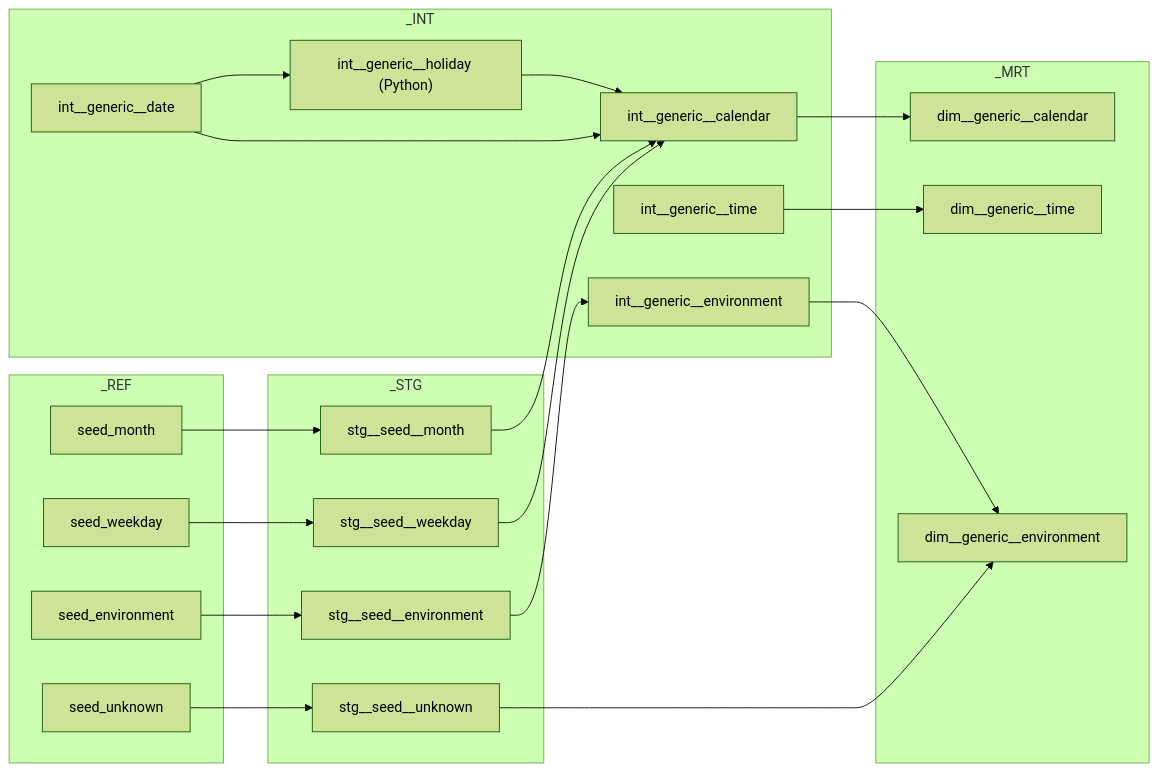
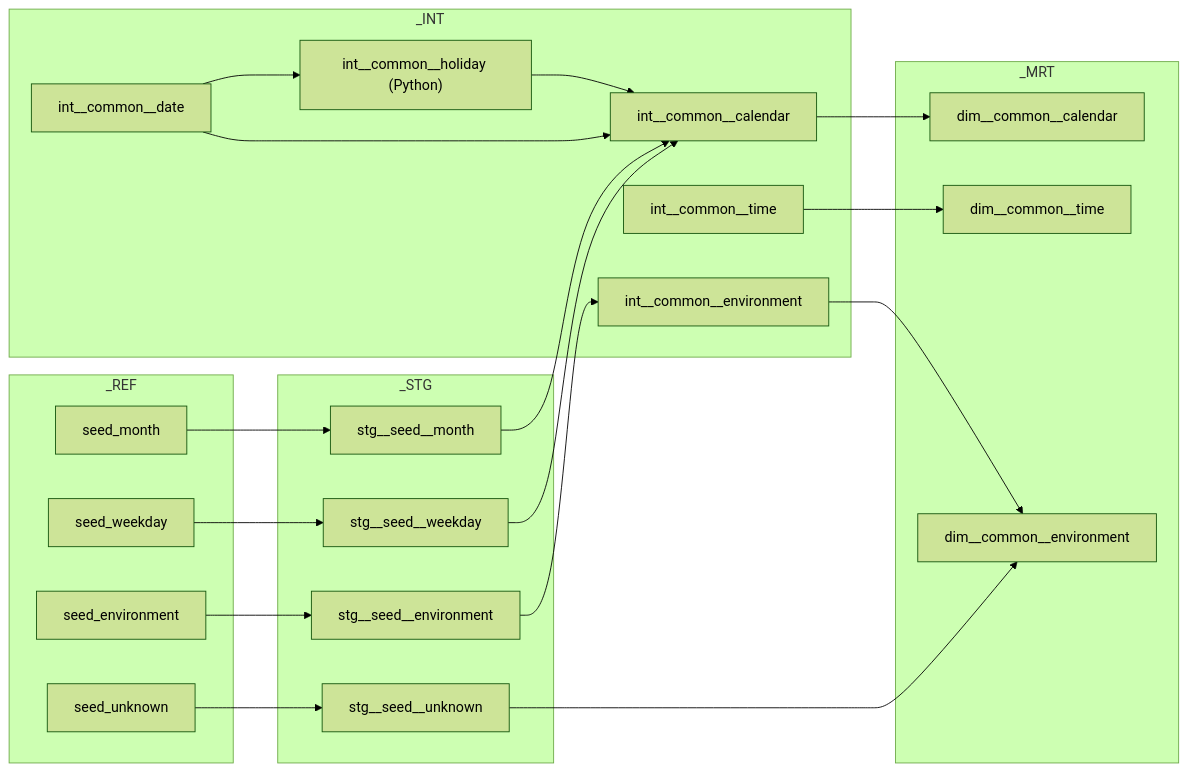
One commit to rootcube/data-mesh-template changed the second of 2 diagrams in docs/architecture/layers.md. Above: the diagram before and after it, drawn with Mermaid (forest theme). The commit also changed other lines of this file and 38 other files, not shown here.

Commit message:
feat: introduce common models for environment, time, and holiday dimensions

````diff
--- a/docs/architecture/layers.md
+++ b/docs/architecture/layers.md
@@ -186,34 +186,34 @@
 ```mermaid
 flowchart LR
     subgraph REF["_REF"]
         SM[seed_month]
         SW[seed_weekday]
         SE[seed_environment]
         SU[seed_unknown]
     end
     subgraph STG["_STG"]
         M[stg__seed__month]
         W[stg__seed__weekday]
         E[stg__seed__environment]
         U[stg__seed__unknown]
     end
     subgraph INT["_INT"]
-        D[int__generic__date]
-        H["int__generic__holiday (Python)"]
-        C[int__generic__calendar]
-        T[int__generic__time]
-        IE[int__generic__environment]
+        D[int__common__date]
+        H["int__common__holiday (Python)"]
+        C[int__common__calendar]
+        T[int__common__time]
+        IE[int__common__environment]
     end
     subgraph MRT["_MRT"]
-        DC[dim__generic__calendar]
-        DT[dim__generic__time]
-        DE[dim__generic__environment]
+        DC[dim__common__calendar]
+        DT[dim__common__time]
+        DE[dim__common__environment]
     end
     SM --> M --> C
     SW --> W --> C
     SE --> E --> IE --> DE
     SU --> U --> DE
     D --> H --> C --> DC
     D --> C
     T --> DT
 ```
````
